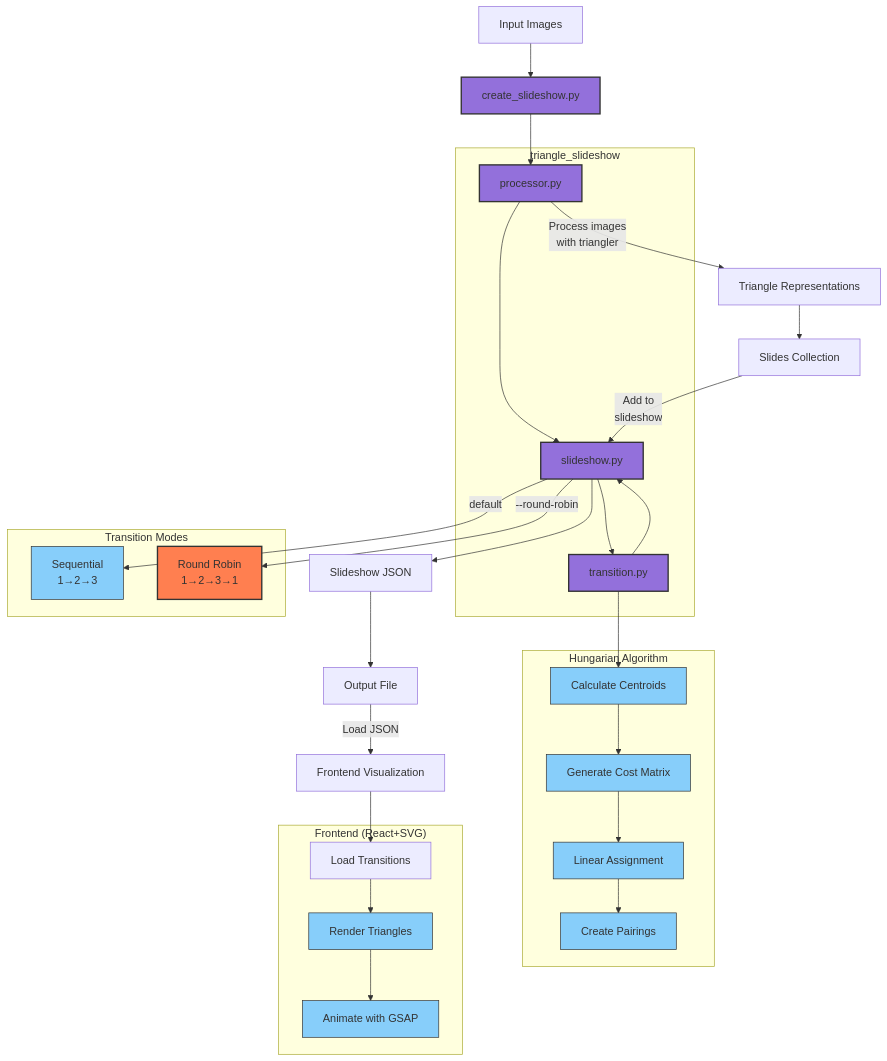
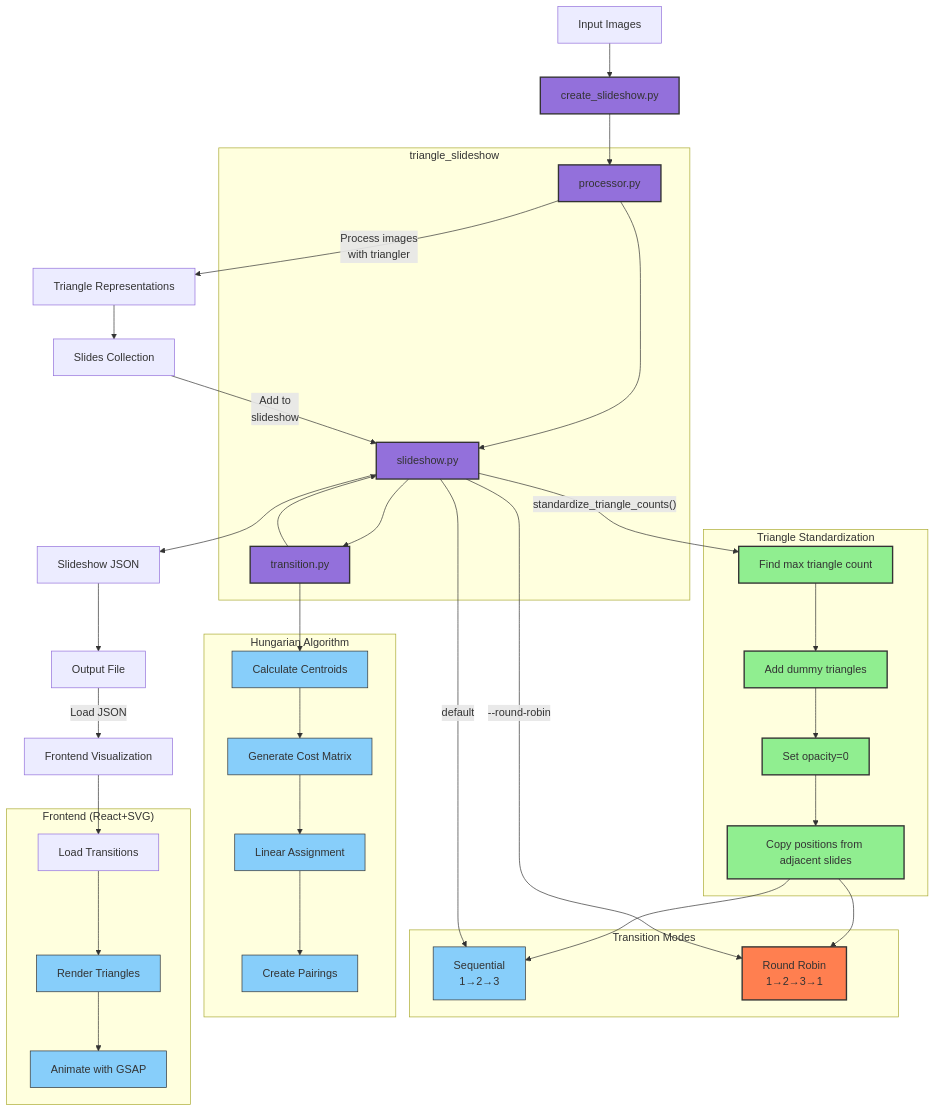
The diagram in memory-bank/workflow_diagram.md (silvanm/silvan50), drawn with Mermaid before and after one commit. The commit also changed other lines of this file and 47 other files, not shown here.

````diff
--- a/memory-bank/workflow_diagram.md
+++ b/memory-bank/workflow_diagram.md
@@ -22,11 +22,27 @@
     triangles --> slides[Slides Collection]
     slides -- "Add to\nslideshow" --> slideshow
     
+    %% Standardization
+    subgraph "Triangle Standardization"
+        count[Find max triangle count]
+        dummy[Add dummy triangles]
+        opacity[Set opacity=0]
+        position[Copy positions from adjacent slides]
+        
+        count --> dummy --> opacity --> position
+    end
+    
+    slideshow -- "standardize_triangle_counts()" --> count
+    
     %% Transition modes
     subgraph "Transition Modes"
         sequential[Sequential\n1→2→3] 
         roundrobin[Round Robin\n1→2→3→1]
     end
+    
+    %% Standardization to transitions
+    position --> sequential
+    position --> roundrobin
     
     %% Transition creation
     slideshow -- "default" --> sequential
@@ -66,10 +82,12 @@
     classDef primary fill:#9370DB,stroke:#333,stroke-width:2px
     classDef secondary fill:#87CEFA,stroke:#333,stroke-width:1px
     classDef highlight fill:#FF7F50,stroke:#333,stroke-width:2px
+    classDef standardize fill:#90EE90,stroke:#333,stroke-width:2px
     
     class create,processor,slideshow,transition primary
     class sequential secondary
     class roundrobin highlight
     class centroids,costmatrix,assignment,pairings secondary
     class render,animate secondary
+    class count,dummy,opacity,position standardize
 ```
````
